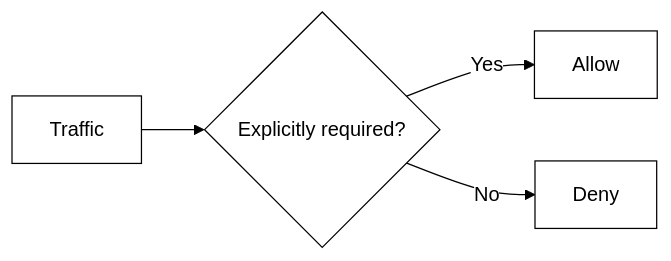
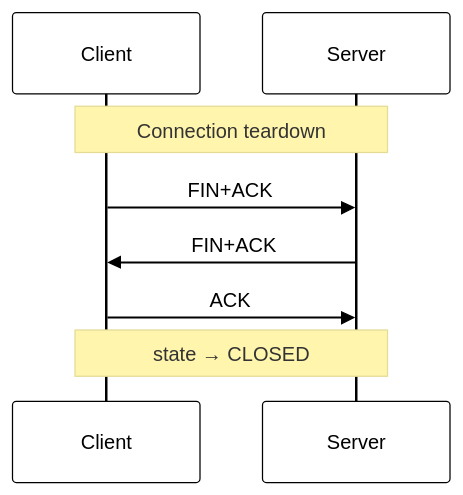
The sixth of 17 diagrams in 04-firewalls/04-firewalls.md (cs-pub-ro/SRED-lectures), drawn with Mermaid before and after one commit. The commit also changed other lines of this file and 13 other files, not shown here.

````diff
--- a/04-firewalls/04-firewalls.md
+++ b/04-firewalls/04-firewalls.md
@@ -219,7 +261,11 @@
 ```mermaid
 %%{init: {'theme': 'base', 'themeVariables': {'primaryColor': '#ffffff', 'primaryBorderColor': '#000000', 'primaryTextColor': '#000000', 'lineColor': '#000000'}}}%%
-flowchart LR
-  P["Traffic"] --> E{"Explicitly required?"}
-  E -->|Yes| A["Allow"]
-  E -->|No| D["Deny"]
+sequenceDiagram
+  participant C as Client
+  participant S as Server
+  Note over C,S: Connection teardown
+  C->>S: FIN+ACK
+  S->>C: FIN+ACK
+  C->>S: ACK
+  Note over C,S: state → CLOSED
 ```
````
